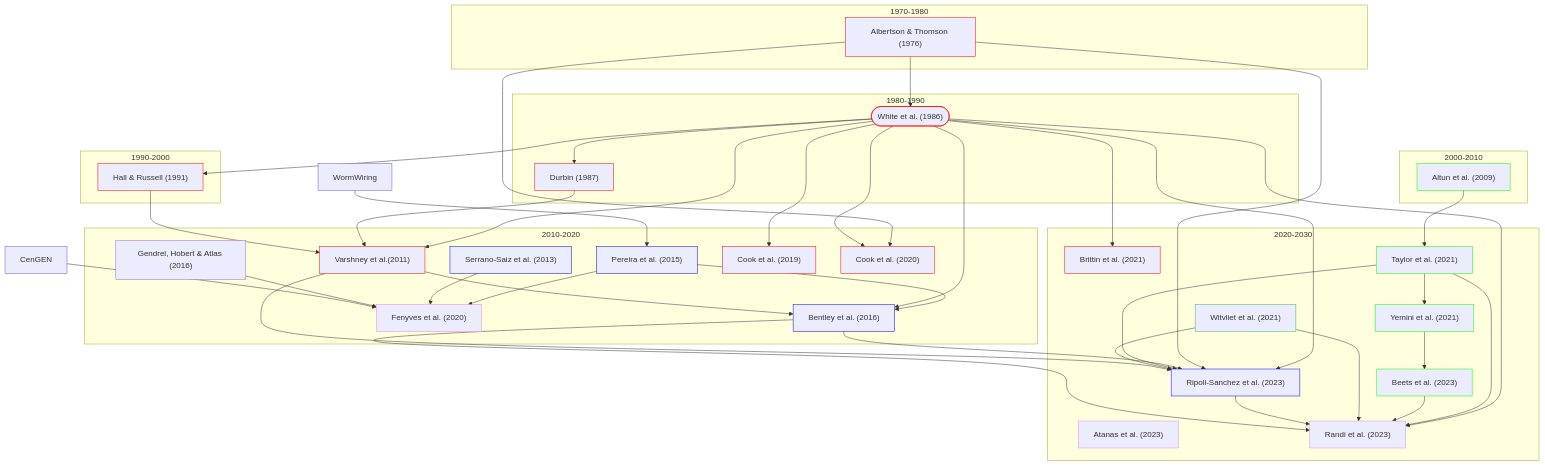
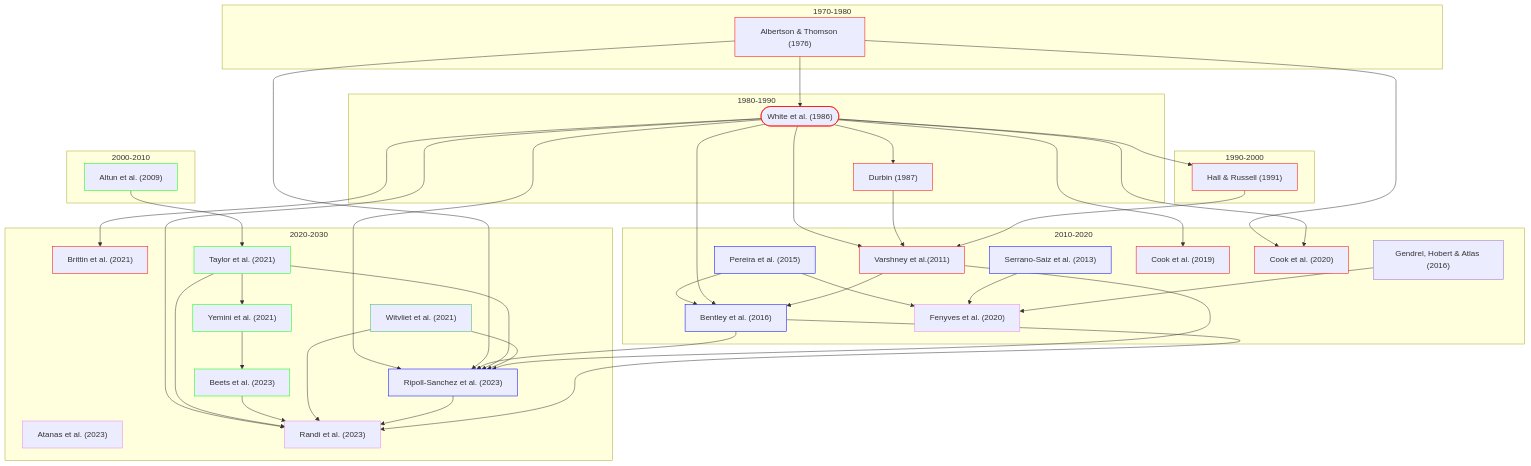
One commit to yasinthanvickneswaran/mermaidtest changed the diagram in README.md. Above: the diagram before and after it, drawn with Mermaid.

````diff
--- a/README.md
+++ b/README.md
@@ -1,70 +1,67 @@
 ```mermaid
 flowchart TD
     classDef anat stroke:#f00
     classDef gene stroke:#0f0
     classDef es stroke:#00f
     classDef func stroke:#ee82ee
     classDef dev stroke:#3cb371
-    classDef db stroke:#6a5acd
 
     subgraph 1970-1980
     A1
     end
     subgraph 1980-1990
     A & B
     end
     subgraph 1990-2000
     A2
     end
     subgraph 2000-2010
     C
     end
     subgraph 2010-2020
     D & E & E1 & E2 & F & G & H & I
     end
     subgraph 2020-2030
     J & K & L & M & N & O & P & NP
     end     
 
 
     E --> H["Fenyves et al. (2020)"]:::func
     E1["Serrano-Saiz et al. (2013)"]:::es --> H
     E2["Gendrel, Hobert & Atlas (2016)"] --> H
-    DB2["CenGEN"]:::db --> H
     O["Atanas et al. (2023)"]:::func
     K["Witvliet et al. (2021)"]:::dev
     E["Pereira et al. (2015)"]:::es --> F["Bentley et al. (2016)"]:::es
 
     C["Altun et al. (2009)"]:::gene --> L["Taylor et al. (2021)"]:::gene
     L --> M["Yemini et al. (2021)"]:::gene
     M --> N["Beets et al. (2023)"]:::gene
 
     A(["White et al. (1986)"]):::anat --> B["Durbin (1987)"]:::anat
     A1["Albertson & Thomson (1976)"]:::anat --> A
     A1 --> I
     A  --> A2["Hall & Russell (1991)"]:::anat
     A --> D["Varshney et al.(2011)"]:::anat
     B --> D
     A2 --> D
     A --> G["Cook et al. (2019)"]:::anat
     A --> I["Cook et al. (2020)"]:::anat
     A --> J["Brittin et al. (2021)"]:::anat
     A --> F
     D --> F
-    DB1["WormWiring"]:::db --> E
     A --> NP["Ripoll-Sanchez et al. (2023)"]:::es
     A1 --> NP
     F --> NP
     L --> NP
     K --> NP
     D --> NP
     A --> P["Randi et al. (2023)"]:::func
     L --> P
     N --> P
     K --> P
     NP --> P
     F --> P
 
     
     
 ```
````
